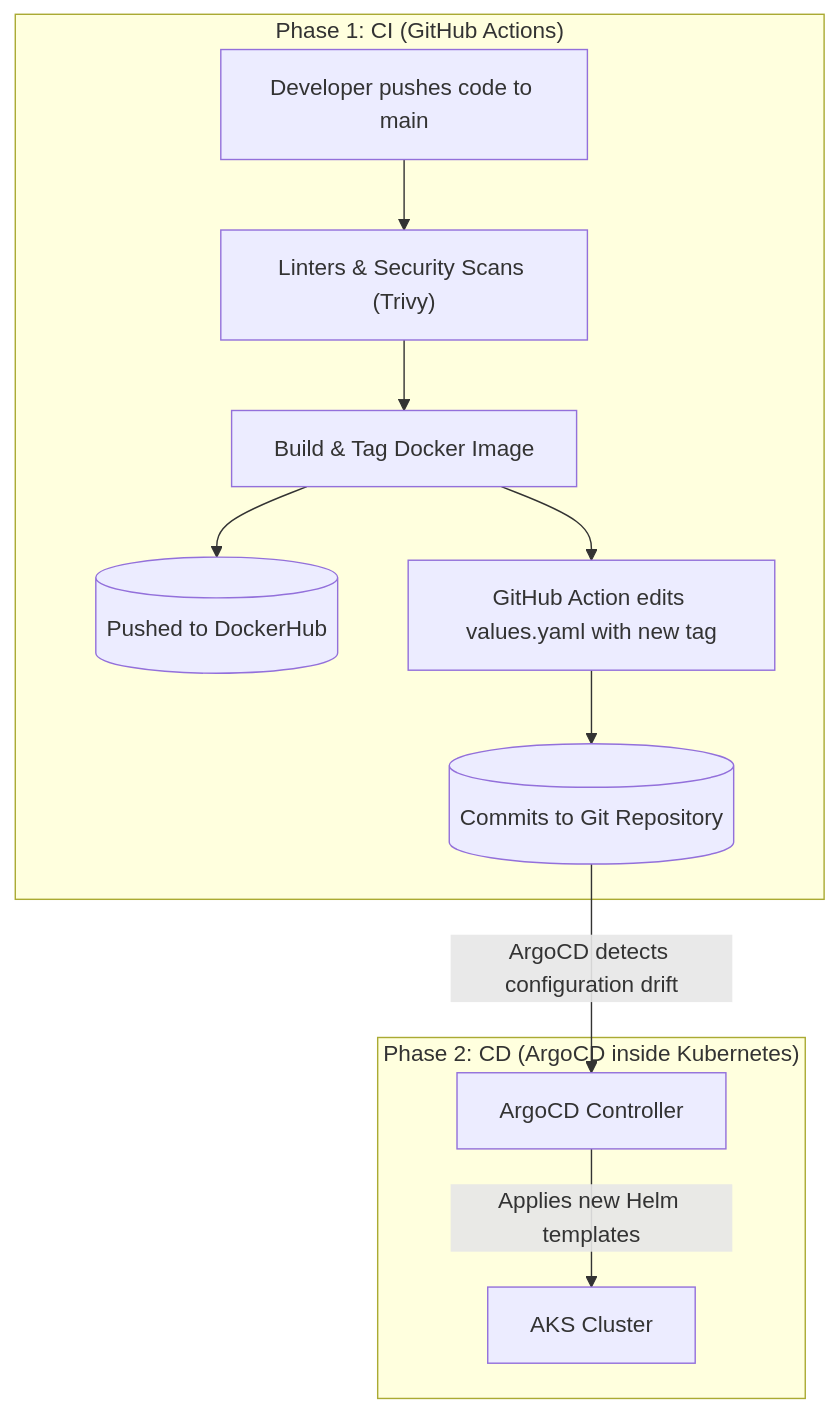
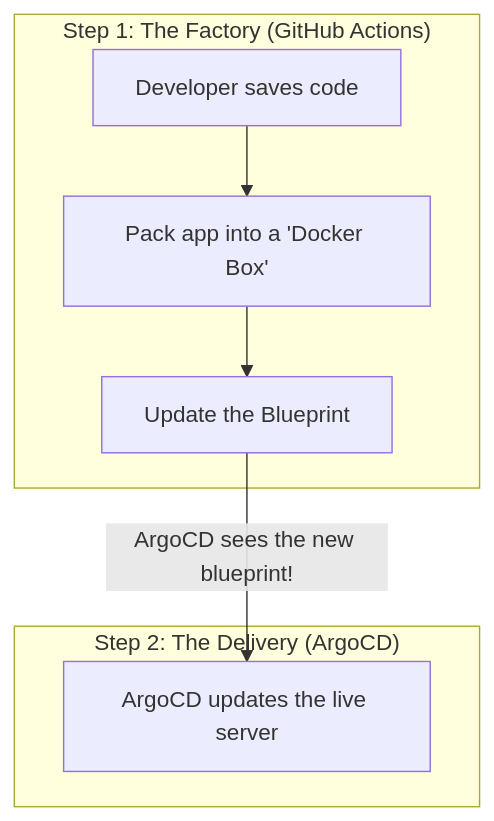
One commit to reonbritto/test-proj changed the diagram in DEPLOYMENT.md. Above: the diagram before and after it, drawn with Mermaid. The commit also changed other lines of this file and 2 other files, not shown here.

````diff
--- a/DEPLOYMENT.md
+++ b/DEPLOYMENT.md
@@ -16,15 +23,11 @@
 ```mermaid
 graph TD
-    subgraph "Phase 1: CI (GitHub Actions)"
-        Code["Developer pushes code to main"] --> Lint["Linters & Security Scans (Trivy)"]
-        Lint --> Build["Build & Tag Docker Image"]
-        Build --> Registry[("Pushed to DockerHub")]
-        Build --> UpdateValues["GitHub Action edits values.yaml with new tag"]
-        UpdateValues --> GitRepo[("Commits to Git Repository")]
+    subgraph "Step 1: The Factory (GitHub Actions)"
+        Code["Developer saves code"] --> Build["Pack app into a 'Docker Box'"]
+        Build --> Update["Update the Blueprint"]
     end
 
-    subgraph "Phase 2: CD (ArgoCD inside Kubernetes)"
-        GitRepo -->|"ArgoCD detects configuration drift"| ArgoCD["ArgoCD Controller"]
-        ArgoCD -->|"Applies new Helm templates"| K8s["AKS Cluster"]
+    subgraph "Step 2: The Delivery (ArgoCD)"
+        Update -->|"ArgoCD sees the new blueprint!"| K8s["ArgoCD updates the live server"]
     end
 ```
````
